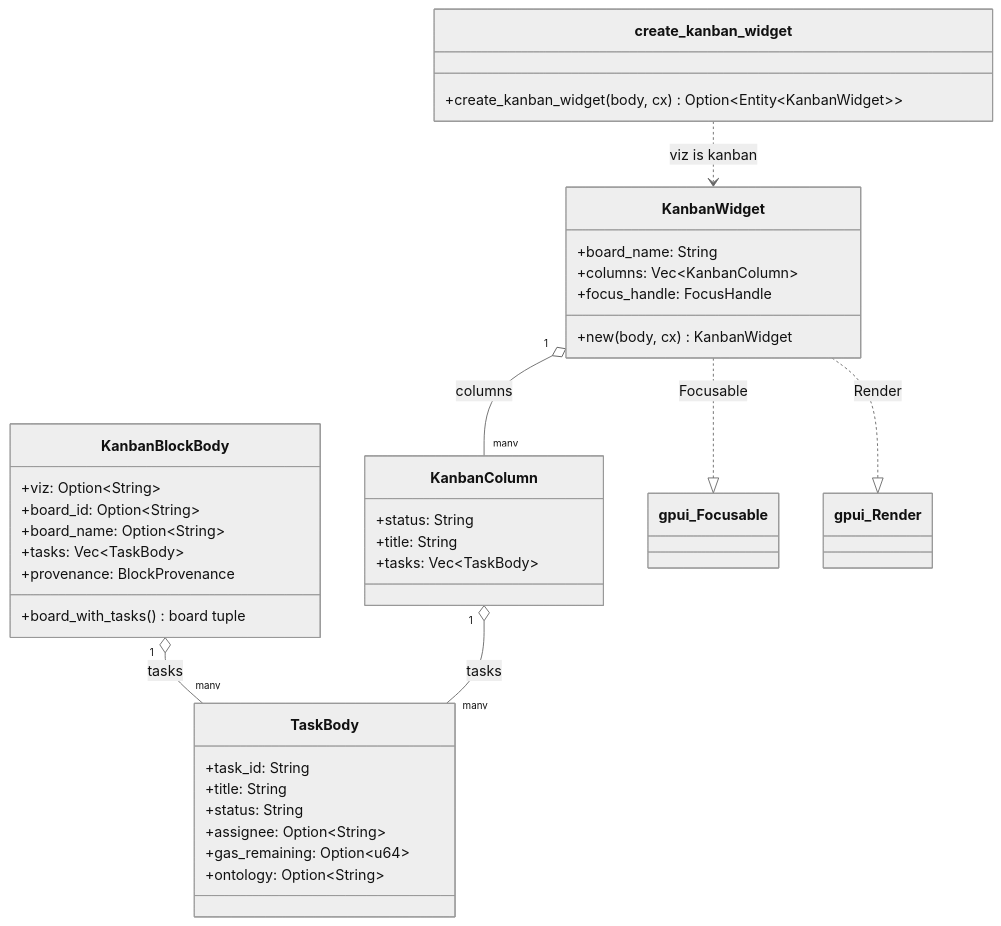
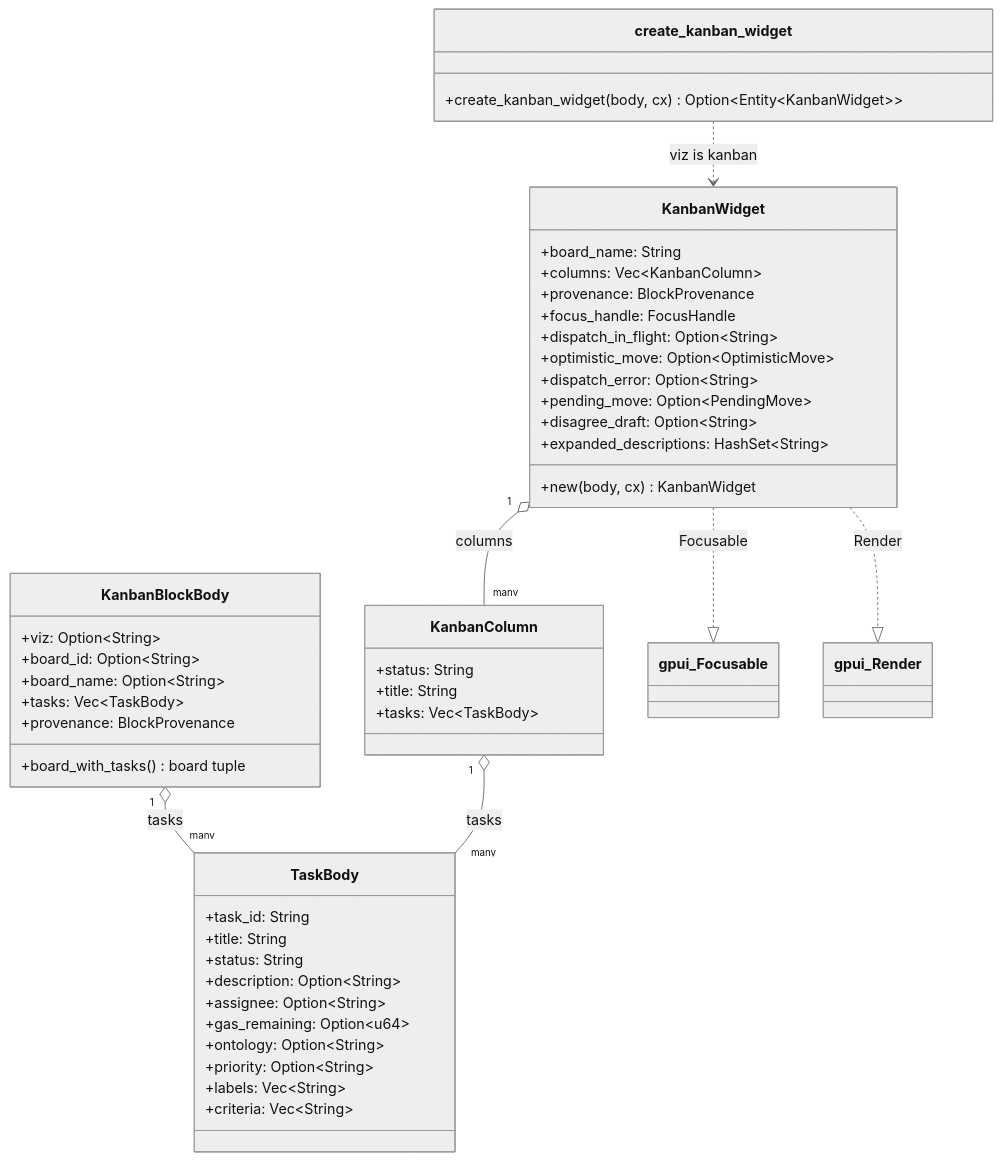
The diagram in kask/docs/diagrams/class-hkask-kanban-widget.md (mdz-axo/zed-kask), drawn with Mermaid (neutral theme) before and after one commit. The commit also changed other lines of this file and 8 other files, not shown here.

````diff
--- a/kask/docs/diagrams/class-hkask-kanban-widget.md
+++ b/kask/docs/diagrams/class-hkask-kanban-widget.md
@@ -20,40 +20,51 @@
 ```mermaid
 classDiagram
     class KanbanBlockBody {
         +viz: Option~String~
         +board_id: Option~String~
         +board_name: Option~String~
         +tasks: Vec~TaskBody~
         +provenance: BlockProvenance
         +board_with_tasks() board tuple
     }
     class TaskBody {
         +task_id: String
         +title: String
         +status: String
+        +description: Option~String~
         +assignee: Option~String~
         +gas_remaining: Option~u64~
         +ontology: Option~String~
+        +priority: Option~String~
+        +labels: Vec~String~
+        +criteria: Vec~String~
     }
     class KanbanColumn {
         +status: String
         +title: String
         +tasks: Vec~TaskBody~
     }
     class KanbanWidget {
         +board_name: String
         +columns: Vec~KanbanColumn~
+        +provenance: BlockProvenance
         +focus_handle: FocusHandle
+        +dispatch_in_flight: Option~String~
+        +optimistic_move: Option~OptimisticMove~
+        +dispatch_error: Option~String~
+        +pending_move: Option~PendingMove~
+        +disagree_draft: Option~String~
+        +expanded_descriptions: HashSet~String~
         +new(body, cx) KanbanWidget
     }
     class create_kanban_widget {
         +create_kanban_widget(body, cx) Option~Entity~KanbanWidget~~
     }
 
     KanbanBlockBody "1" o-- "many" TaskBody : tasks
     KanbanWidget "1" o-- "many" KanbanColumn : columns
     KanbanColumn "1" o-- "many" TaskBody : tasks
     KanbanWidget ..|> gpui_Focusable : Focusable
     KanbanWidget ..|> gpui_Render : Render
     create_kanban_widget ..> KanbanWidget : viz is kanban
 ```
````
